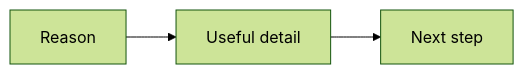
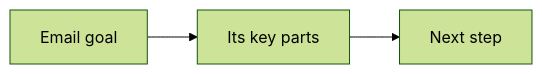
Before and after one commit to redrhino-online/red-canon: the diagram in internal/email-template-structures.md, drawn with Mermaid (forest theme). The commit also changed other lines of this file, not shown here.

Commit message:
docs(internal): add individual email templates

````diff
--- a/internal/email-template-structures.md
+++ b/internal/email-template-structures.md
@@ -13,4 +12,4 @@
 ```mermaid
 flowchart LR
-    A[Reason] --> B[Useful detail] --> C[Next step]
+    A[Email goal] --> B[Its key parts] --> C[Next step]
 ```
````
